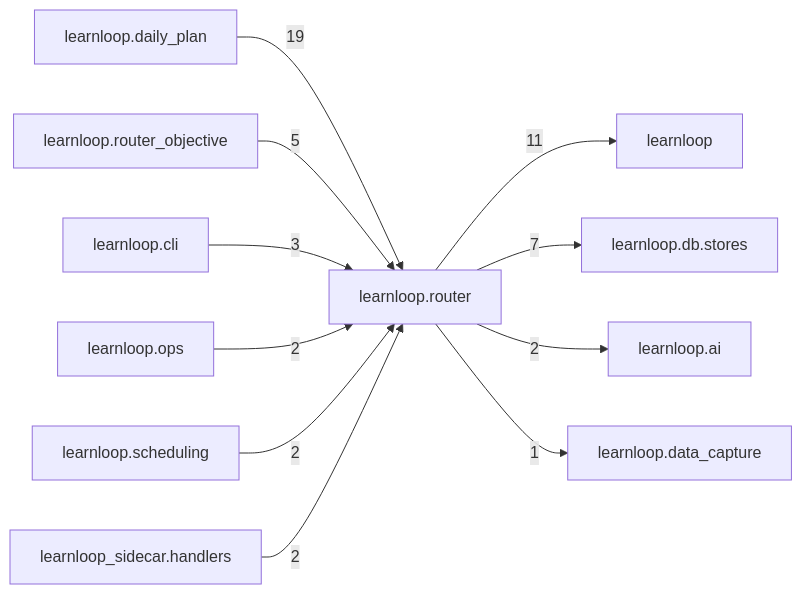
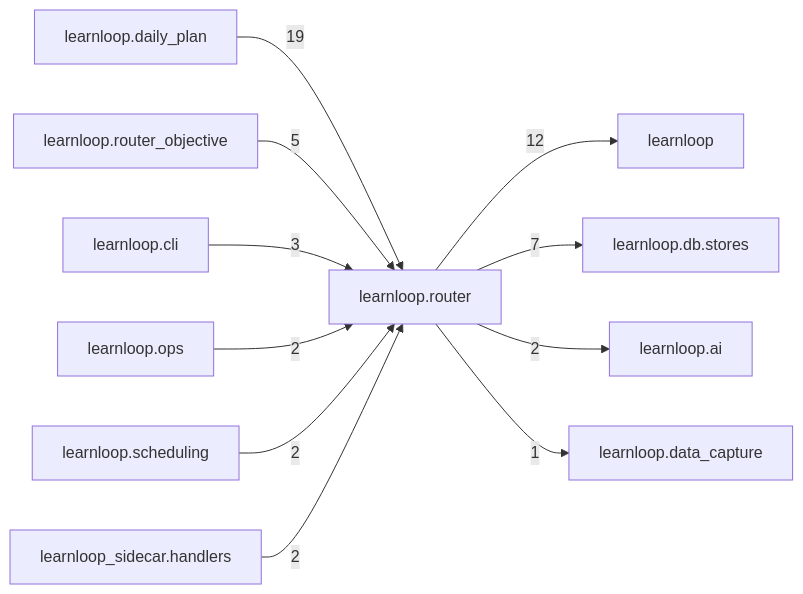
One commit to 6up-b/learnanything changed the diagram in docs/learnloop-architecture-vault/Reference/Modules/learnloop/router/_package.md. Above: the diagram before and after it, drawn with Mermaid. The commit also changed other lines of this file and 42 other files, not shown here.

````diff
--- a/docs/learnloop-architecture-vault/Reference/Modules/learnloop/router/_package.md
+++ b/docs/learnloop-architecture-vault/Reference/Modules/learnloop/router/_package.md
@@ -95,24 +95,24 @@
 ```mermaid
 flowchart LR
     center["learnloop.router"]
     n_learnloop_daily_plan["learnloop.daily_plan"]
     n_learnloop["learnloop"]
     n_learnloop_db_stores["learnloop.db.stores"]
     n_learnloop_router_objective["learnloop.router_objective"]
     n_learnloop_cli["learnloop.cli"]
     n_learnloop_ai["learnloop.ai"]
     n_learnloop_ops["learnloop.ops"]
     n_learnloop_scheduling["learnloop.scheduling"]
     n_learnloop_sidecar_handlers["learnloop_sidecar.handlers"]
     n_learnloop_data_capture["learnloop.data_capture"]
     n_learnloop_daily_plan -->|19| center
-    center -->|11| n_learnloop
+    center -->|12| n_learnloop
     center -->|7| n_learnloop_db_stores
     n_learnloop_router_objective -->|5| center
     n_learnloop_cli -->|3| center
     center -->|2| n_learnloop_ai
     n_learnloop_ops -->|2| center
     n_learnloop_scheduling -->|2| center
     n_learnloop_sidecar_handlers -->|2| center
     center -->|1| n_learnloop_data_capture
 ```
````
